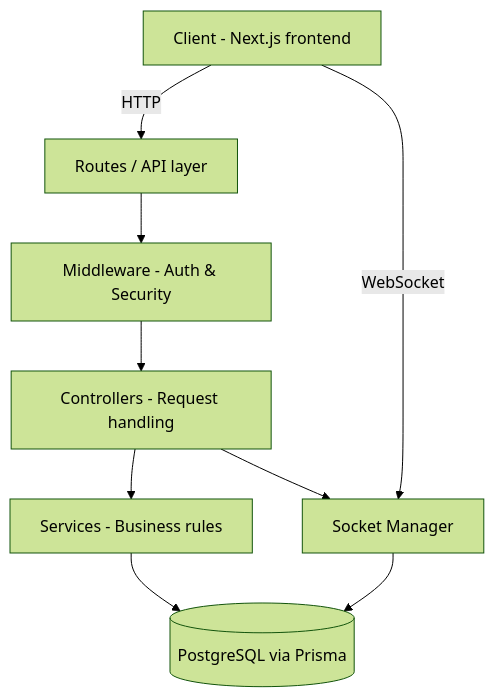
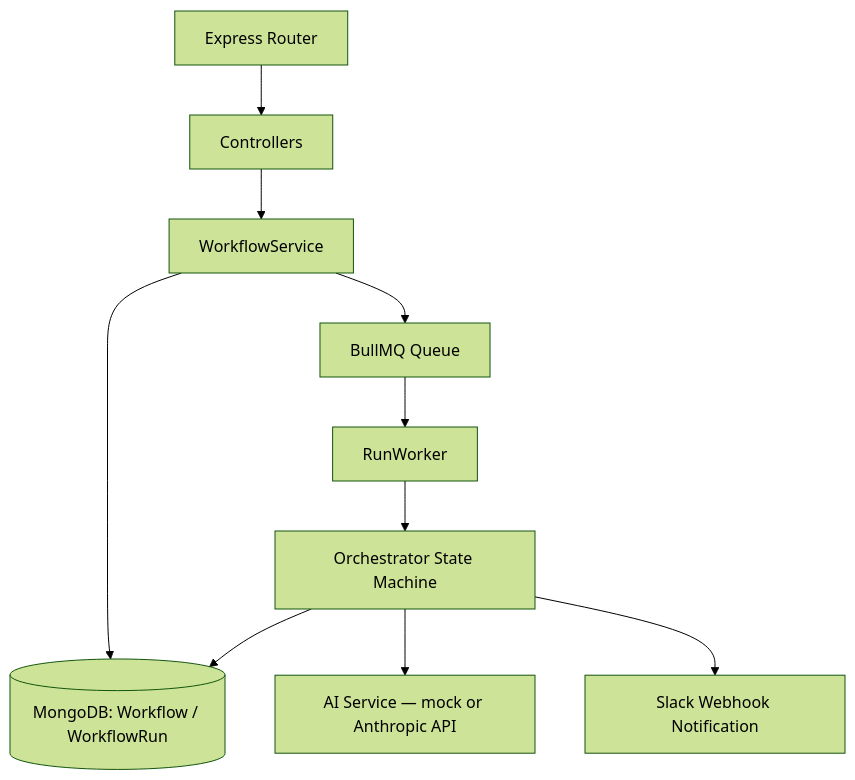
The diagram in backend/README.md (mohammed-dev-stack/ai-workflow-orchestrator), drawn with Mermaid (forest theme) before and after one commit. The commit also changed other lines of this file, not shown here.

````diff
--- a/backend/README.md
+++ b/backend/README.md
@@ -63,11 +46,12 @@
 ```mermaid
 graph TD
-    A[Client - Next.js frontend] -->|HTTP| B[Routes / API layer]
-    A -->|WebSocket| G[Socket Manager]
-    B --> C[Middleware - Auth & Security]
-    C --> D[Controllers - Request handling]
-    D --> E[Services - Business rules]
-    E --> F[(PostgreSQL via Prisma)]
-    D --> G
-    G --> F
+    A[Express Router] --> B[Controllers]
+    B --> C[WorkflowService]
+    C --> D[(MongoDB: Workflow / WorkflowRun)]
+    C --> E[BullMQ Queue]
+    E --> F[RunWorker]
+    F --> G[Orchestrator State Machine]
+    G --> D
+    G --> H[AI Service — mock or Anthropic API]
+    G --> I[Slack Webhook Notification]
 ```
````
